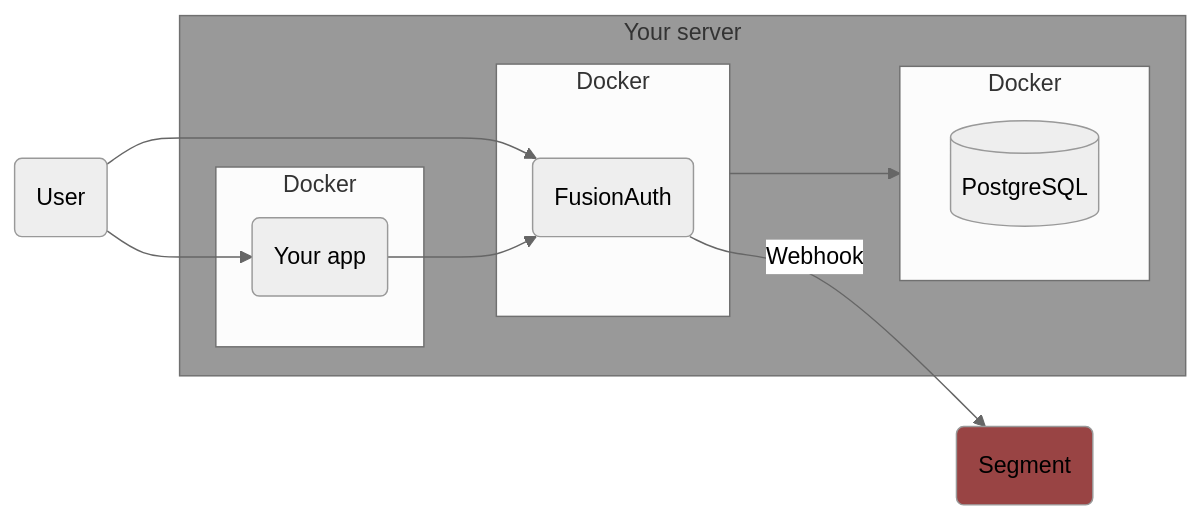
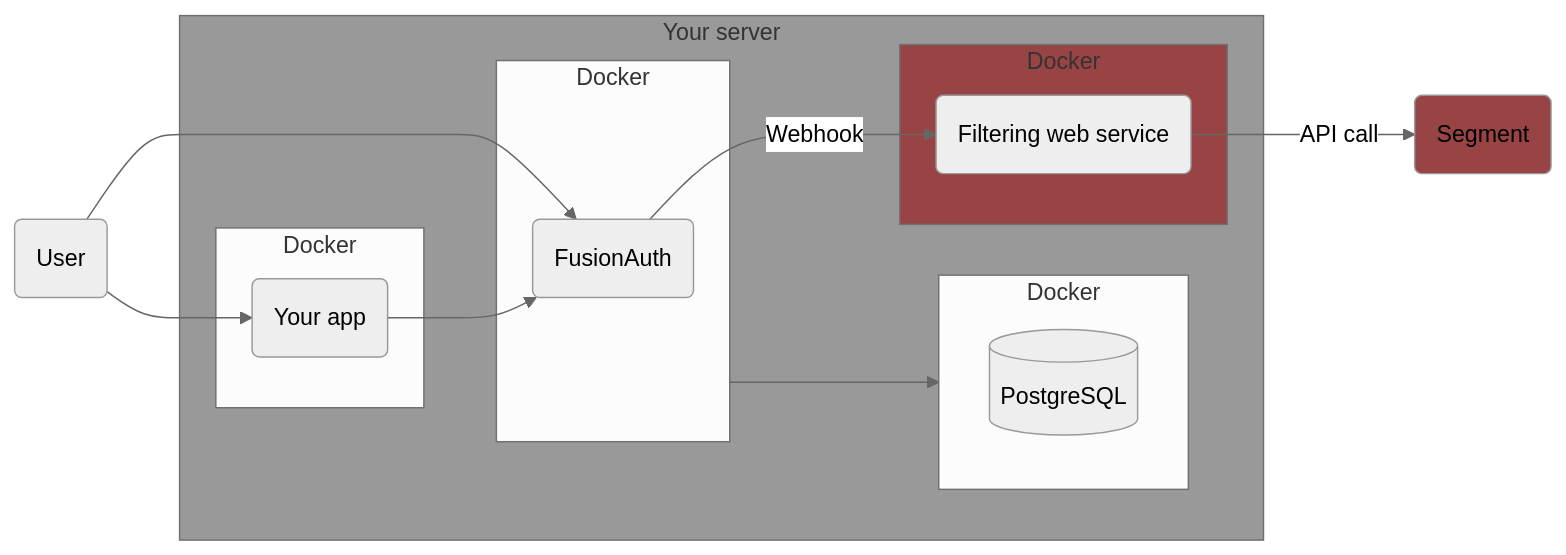
Before and after one commit to FusionAuth/fusionauth-site: the second of 2 diagrams in astro/src/content/docs/operate/secure-and-monitor/twilio-segment.mdx, drawn with Mermaid (neutral theme). The commit also changed other lines of this file, not shown here.

````diff
--- a/astro/src/content/docs/operate/secure-and-monitor/twilio-segment.mdx
+++ b/astro/src/content/docs/operate/secure-and-monitor/twilio-segment.mdx
@@ -53,23 +53,28 @@
 ```mermaid
 graph LR
   X(Segment)
   subgraph I[Your server]
     subgraph G[Docker]
       H[(PostgreSQL)]
     end
     subgraph C[Docker]
       A(FusionAuth)
     end
+	subgraph E[Docker]
+      B(Filtering web service)
+    end
     subgraph J[Docker]
       F(Your app)
     end
   end
   D(User)
   D --> F
   D --> A
   C --> G
   F --> A
-  A --> |Webhook| X
+  A --> |Webhook| B
+  B --> |API call| X
   style I fill:#999
   style X fill:#944
+  style E fill:#944
 ```
````
